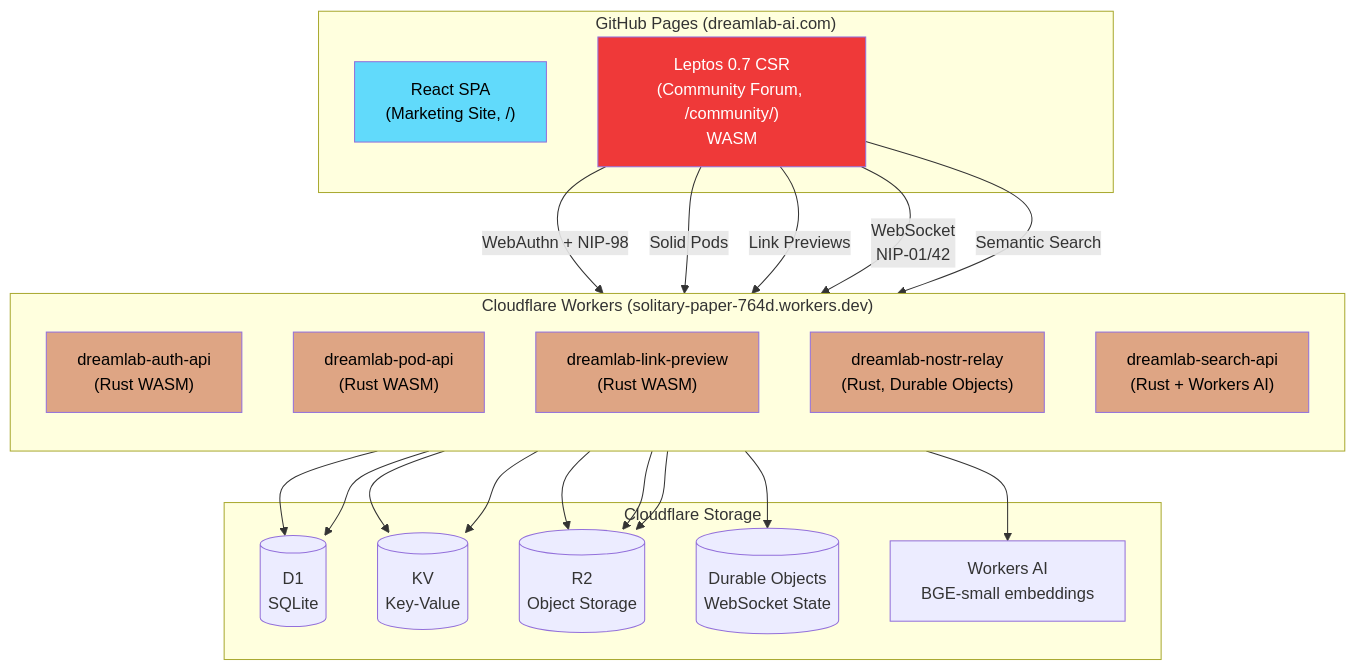
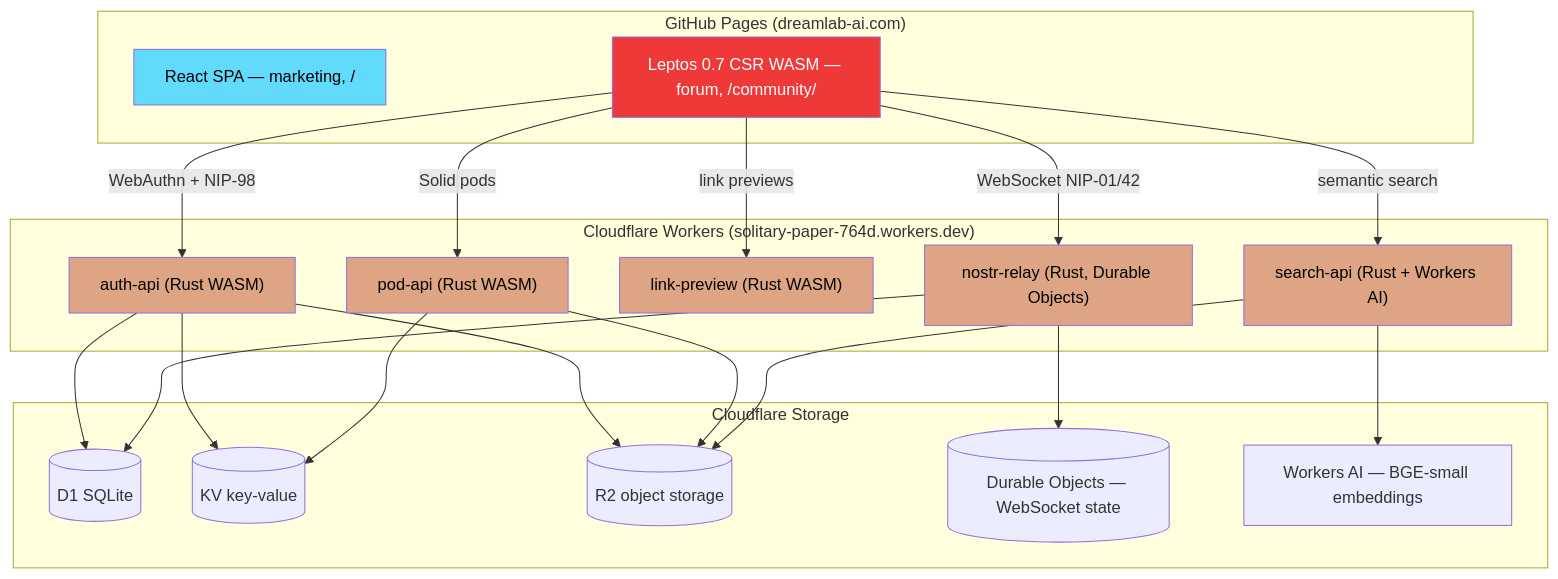
Before and after one commit to DreamLab-AI/dreamlab-ai-website: the diagram in README.md, drawn with Mermaid. The commit also changed other lines of this file and 1 other file, not shown here.

````diff
--- a/README.md
+++ b/README.md
@@ -70,48 +61,47 @@
 ```mermaid
 graph TB
-    subgraph "GitHub Pages (dreamlab-ai.com)"
-        REACT["React SPA<br/>(Marketing Site, /)"]
-        LEPTOS["Leptos 0.7 CSR<br/>(Community Forum, /community/)<br/>WASM"]
+    subgraph pages["GitHub Pages (dreamlab-ai.com)"]
+        REACT["React SPA — marketing, /"]
+        LEPTOS["Leptos 0.7 CSR WASM — forum, /community/"]
     end
 
-    subgraph "Cloudflare Workers (solitary-paper-764d.workers.dev)"
-        direction TB
-        AUTH["dreamlab-auth-api<br/>(Rust WASM)"]
-        POD["dreamlab-pod-api<br/>(Rust WASM)"]
-        PREVIEW["dreamlab-link-preview<br/>(Rust WASM)"]
-        RELAY["dreamlab-nostr-relay<br/>(Rust, Durable Objects)"]
-        SEARCH["dreamlab-search-api<br/>(Rust + Workers AI)"]
+    subgraph workers["Cloudflare Workers (solitary-paper-764d.workers.dev)"]
+        AUTH["auth-api (Rust WASM)"]
+        POD["pod-api (Rust WASM)"]
+        PREVIEW["link-preview (Rust WASM)"]
+        RELAY["nostr-relay (Rust, Durable Objects)"]
+        SEARCH["search-api (Rust + Workers AI)"]
     end
 
-    subgraph "Cloudflare Storage"
-        D1[(D1<br/>SQLite)]
-        KV[(KV<br/>Key-Value)]
-        R2[(R2<br/>Object Storage)]
-        DO[(Durable Objects<br/>WebSocket State)]
-        AI["Workers AI<br/>BGE-small embeddings"]
+    subgraph storage["Cloudflare Storage"]
+        D1[("D1 SQLite")]
+        KV[("KV key-value")]
+        R2[("R2 object storage")]
+        DO[("Durable Objects — WebSocket state")]
+        AI["Workers AI — BGE-small embeddings"]
     end
 
-    LEPTOS -- "WebAuthn + NIP-98" --> AUTH
-    LEPTOS -- "Solid Pods" --> POD
-    LEPTOS -- "Link Previews" --> PREVIEW
-    LEPTOS -- "WebSocket<br/>NIP-01/42" --> RELAY
-    LEPTOS -- "Semantic Search" --> SEARCH
+    LEPTOS -->|"WebAuthn + NIP-98"| AUTH
+    LEPTOS -->|"Solid pods"| POD
+    LEPTOS -->|"link previews"| PREVIEW
+    LEPTOS -->|"WebSocket NIP-01/42"| RELAY
+    LEPTOS -->|"semantic search"| SEARCH
 
     AUTH --> D1
     AUTH --> KV
     AUTH --> R2
     RELAY --> D1
     RELAY --> DO
     POD --> R2
     POD --> KV
     SEARCH --> R2
     SEARCH --> AI
 
     style REACT fill:#61DAFB,color:#000
     style LEPTOS fill:#ef3939,color:#fff
     style AUTH fill:#dea584,color:#000
     style POD fill:#dea584,color:#000
     style PREVIEW fill:#dea584,color:#000
     style RELAY fill:#dea584,color:#000
     style SEARCH fill:#dea584,color:#000
 ```
````
